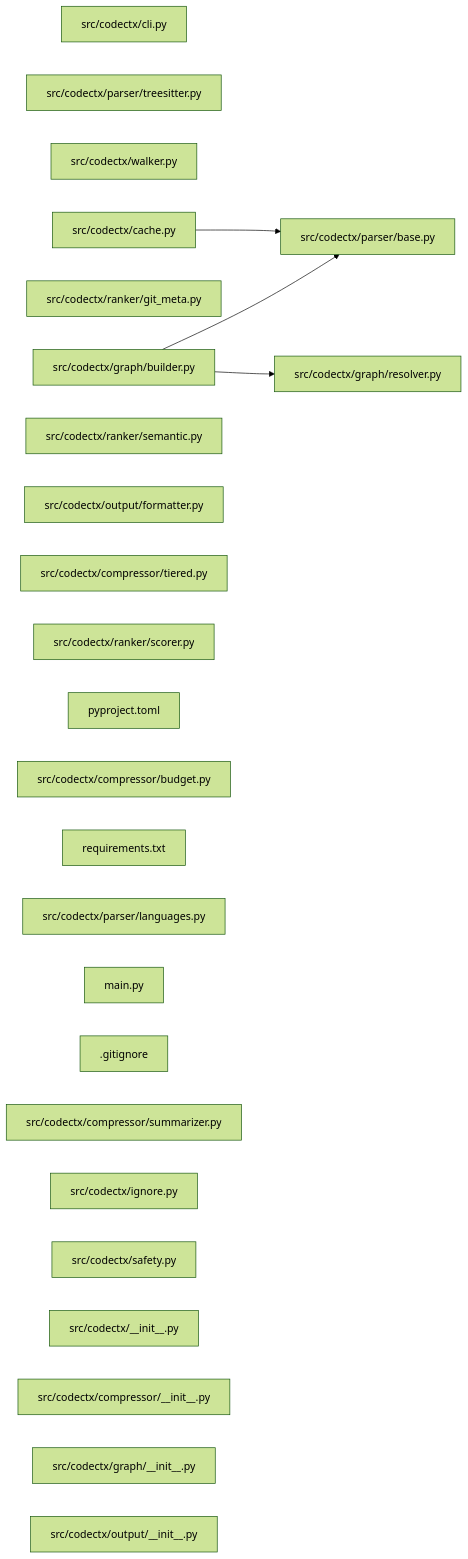
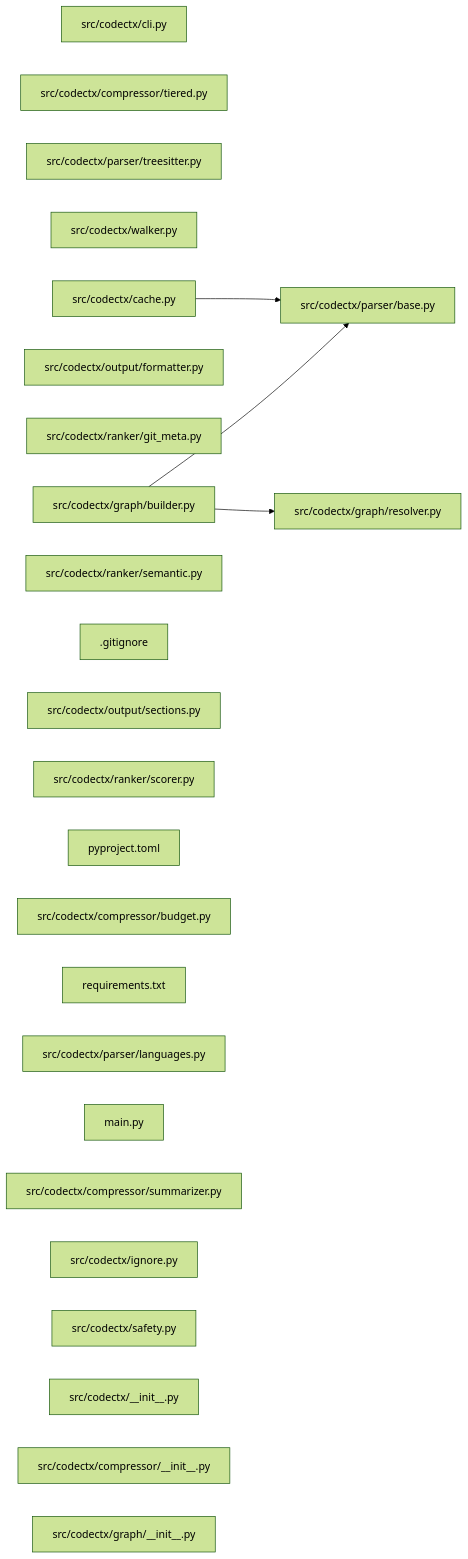
The diagram in CONTEXT.md (hey-granth/codectx), drawn with Mermaid (forest theme) before and after one commit. The commit also changed other lines of this file and 1 other file, not shown here.

Commit message:
add README.md and updated CONTEXT.md acc to recent changes

````diff
--- a/CONTEXT.md
+++ b/CONTEXT.md
@@ -9,31 +9,31 @@
 ```mermaid
 graph LR
     f0["src/codectx/cli.py"]
     f1["src/codectx/parser/base.py"]
-    f2["src/codectx/parser/treesitter.py"]
-    f3["src/codectx/walker.py"]
-    f4["src/codectx/cache.py"]
-    f5["src/codectx/graph/resolver.py"]
-    f6["src/codectx/ranker/git_meta.py"]
-    f7["src/codectx/graph/builder.py"]
-    f8["src/codectx/ranker/semantic.py"]
-    f9["src/codectx/output/formatter.py"]
-    f10["src/codectx/compressor/tiered.py"]
-    f11["src/codectx/ranker/scorer.py"]
-    f12["pyproject.toml"]
-    f13["src/codectx/compressor/budget.py"]
-    f14["requirements.txt"]
-    f15["src/codectx/parser/languages.py"]
-    f16["main.py"]
-    f17[".gitignore"]
-    f18["src/codectx/compressor/summarizer.py"]
-    f19["src/codectx/ignore.py"]
-    f20["src/codectx/safety.py"]
-    f21["src/codectx/__init__.py"]
-    f22["src/codectx/compressor/__init__.py"]
-    f23["src/codectx/graph/__init__.py"]
-    f24["src/codectx/output/__init__.py"]
-    f4 --> f1
-    f7 --> f1
-    f7 --> f5
+    f2["src/codectx/compressor/tiered.py"]
+    f3["src/codectx/parser/treesitter.py"]
+    f4["src/codectx/walker.py"]
+    f5["src/codectx/cache.py"]
+    f6["src/codectx/graph/resolver.py"]
+    f7["src/codectx/output/formatter.py"]
+    f8["src/codectx/ranker/git_meta.py"]
+    f9["src/codectx/graph/builder.py"]
+    f10["src/codectx/ranker/semantic.py"]
+    f11[".gitignore"]
+    f12["src/codectx/output/sections.py"]
+    f13["src/codectx/ranker/scorer.py"]
+    f14["pyproject.toml"]
+    f15["src/codectx/compressor/budget.py"]
+    f16["requirements.txt"]
+    f17["src/codectx/parser/languages.py"]
+    f18["main.py"]
+    f19["src/codectx/compressor/summarizer.py"]
+    f20["src/codectx/ignore.py"]
+    f21["src/codectx/safety.py"]
+    f22["src/codectx/__init__.py"]
+    f23["src/codectx/compressor/__init__.py"]
+    f24["src/codectx/graph/__init__.py"]
+    f5 --> f1
+    f9 --> f1
+    f9 --> f6
 ```
````
